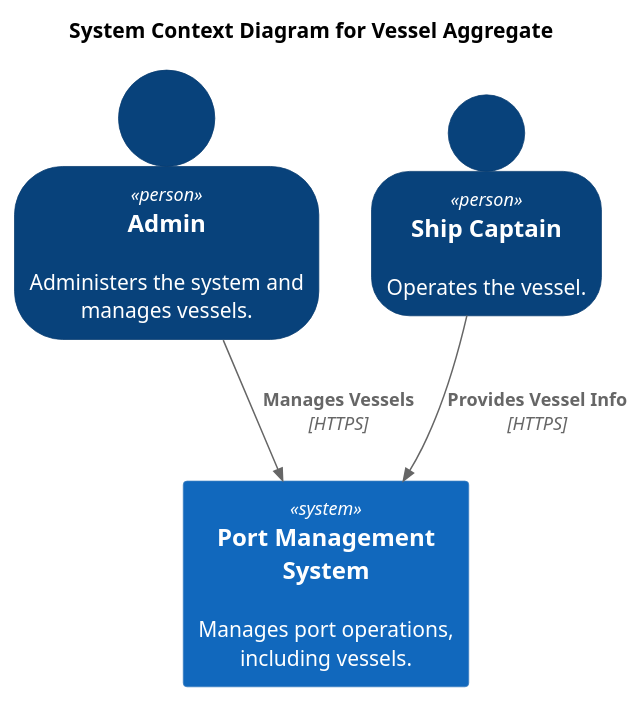
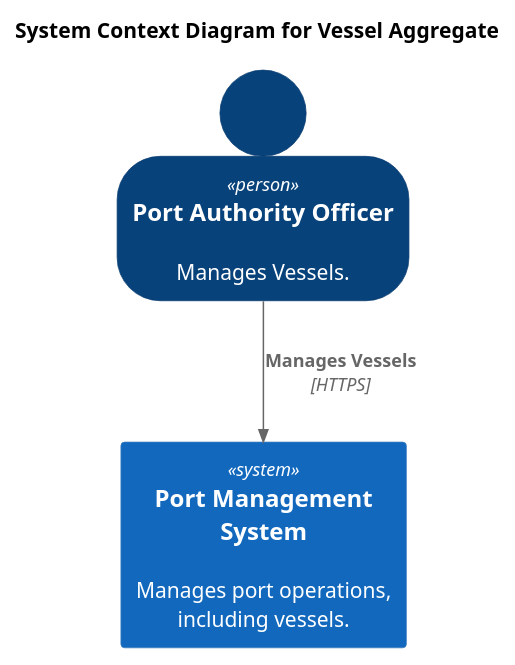
One commit to igor-coutinho22/Port_Management_System changed the diagram in docs/C4Diagrams/Aggregates/Vessel/1_Context.puml. Above: the diagram before and after it, drawn with PlantUML. The commit also changed 10 other files, not shown here.

Commit message:
fixes in C4 diagrams names

```diff
--- a/docs/C4Diagrams/Aggregates/Vessel/1_Context.puml
+++ b/docs/C4Diagrams/Aggregates/Vessel/1_Context.puml
@@ -1,16 +1,14 @@
 @startuml
 !include https://raw.githubusercontent.com/plantuml-stdlib/C4-PlantUML/master/C4_Context.puml
 
 SHOW_PERSON_OUTLINE()
 
 title System Context Diagram for Vessel Aggregate
 
-Person(admin, "Admin", "Administers the system and manages vessels.")
-Person(shipCaptain, "Ship Captain", "Operates the vessel.")
+Person(officer, "Port Authority Officer", "Manages Vessels.")
 
 System(portSystem, "Port Management System", "Manages port operations, including vessels.")
 
-Rel(admin, portSystem, "Manages Vessels", "HTTPS")
-Rel(shipCaptain, portSystem, "Provides Vessel Info", "HTTPS")
+Rel(officer, portSystem, "Manages Vessels", "HTTPS")
 
 @enduml
```
